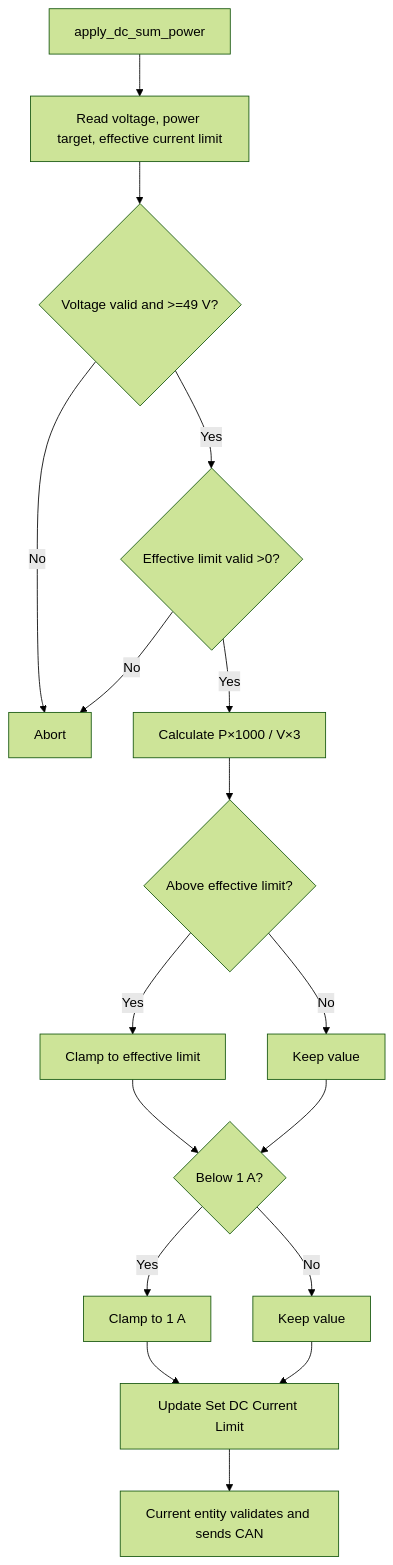
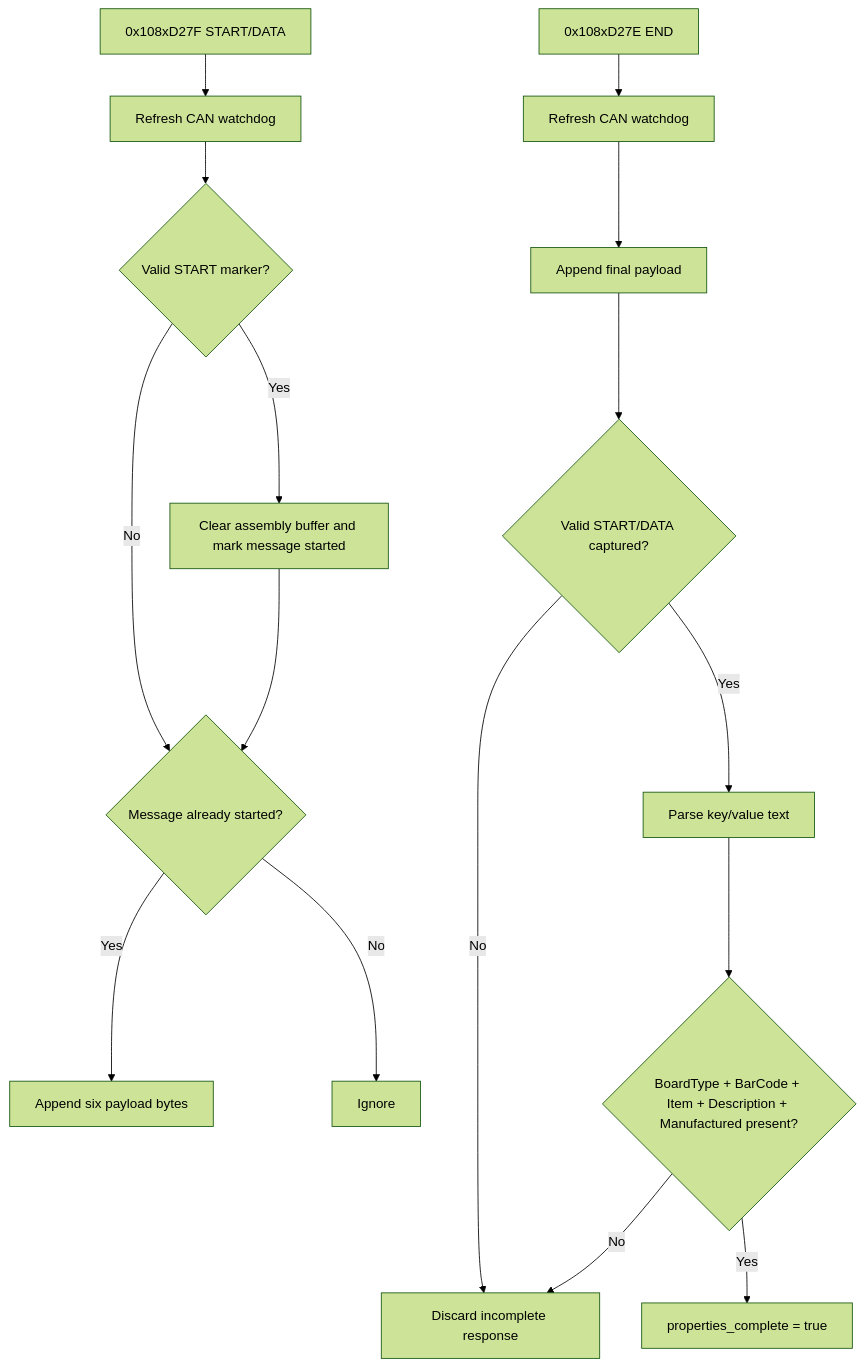
Before and after one commit to anwa/esphome-r4875g1-3phase-charger: the tenth of 26 diagrams in R4875G1_CONTROL_FLOWS.md, drawn with Mermaid (forest theme). The commit also changed other lines of this file and 1 other file, not shown here.

First line of the commit message:
Synchronize CAN lifecycle and recovery documentation

````diff
--- a/R4875G1_CONTROL_FLOWS.md
+++ b/R4875G1_CONTROL_FLOWS.md
@@ -182,19 +313,19 @@
 ```mermaid
 flowchart TD
-    A[apply_dc_sum_power] --> B[Read voltage, power target, effective current limit]
-    B --> C{Voltage valid and >=49 V?}
-    C -- No --> X[Abort]
-    C -- Yes --> D{Effective limit valid >0?}
-    D -- No --> X
-    D -- Yes --> E[Calculate P×1000 / V×3]
-    E --> F{Above effective limit?}
-    F -- Yes --> G[Clamp to effective limit]
-    F -- No --> H[Keep value]
-    G --> I{Below 1 A?}
-    H --> I
-    I -- Yes --> J[Clamp to 1 A]
-    I -- No --> K[Keep value]
-    J --> L[Update Set DC Current Limit]
-    K --> L
-    L --> M[Current entity validates and sends CAN]
+    A[0x108xD27F START/DATA] --> B[Refresh CAN watchdog]
+    B --> C{Valid START marker?}
+    C -- Yes --> D[Clear assembly buffer and mark message started]
+    C -- No --> E{Message already started?}
+    D --> E
+    E -- Yes --> F[Append six payload bytes]
+    E -- No --> G[Ignore]
+
+    H[0x108xD27E END] --> I[Refresh CAN watchdog]
+    I --> J[Append final payload]
+    J --> K{Valid START/DATA captured?}
+    K -- No --> L[Discard incomplete response]
+    K -- Yes --> M[Parse key/value text]
+    M --> N{BoardType + BarCode + Item + Description + Manufactured present?}
+    N -- Yes --> O[properties_complete = true]
+    N -- No --> L
 ```
````
